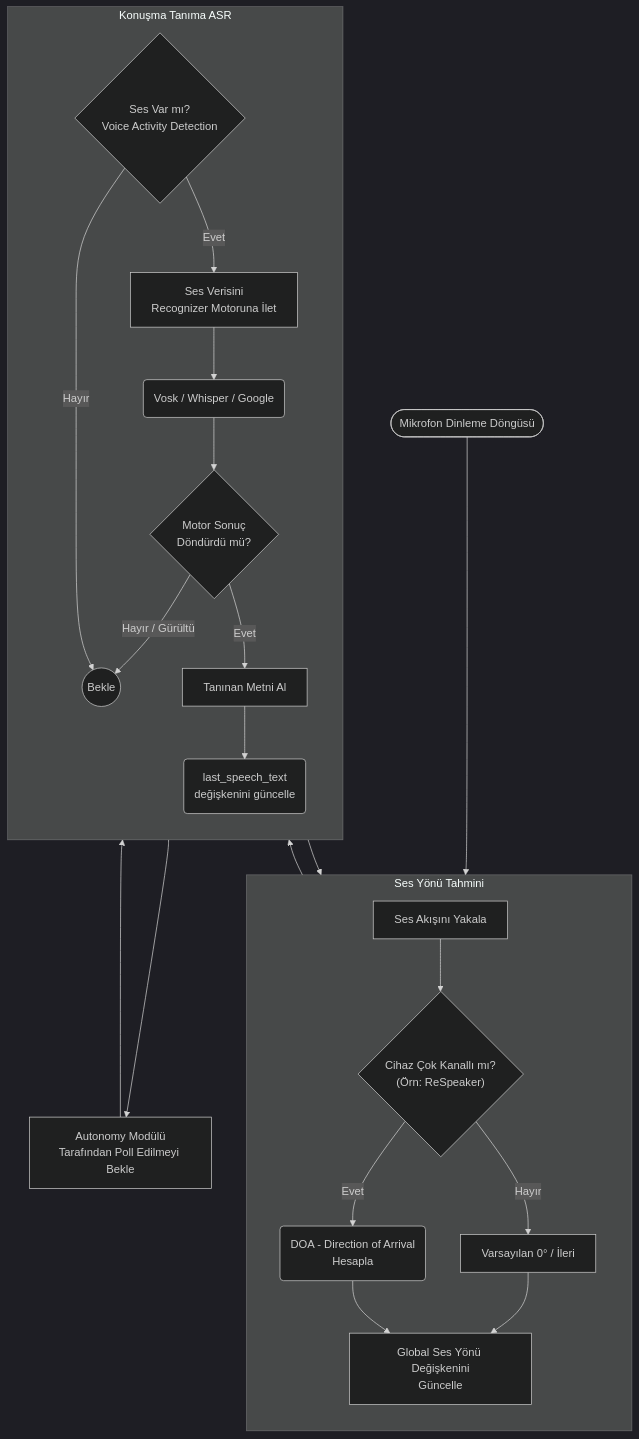
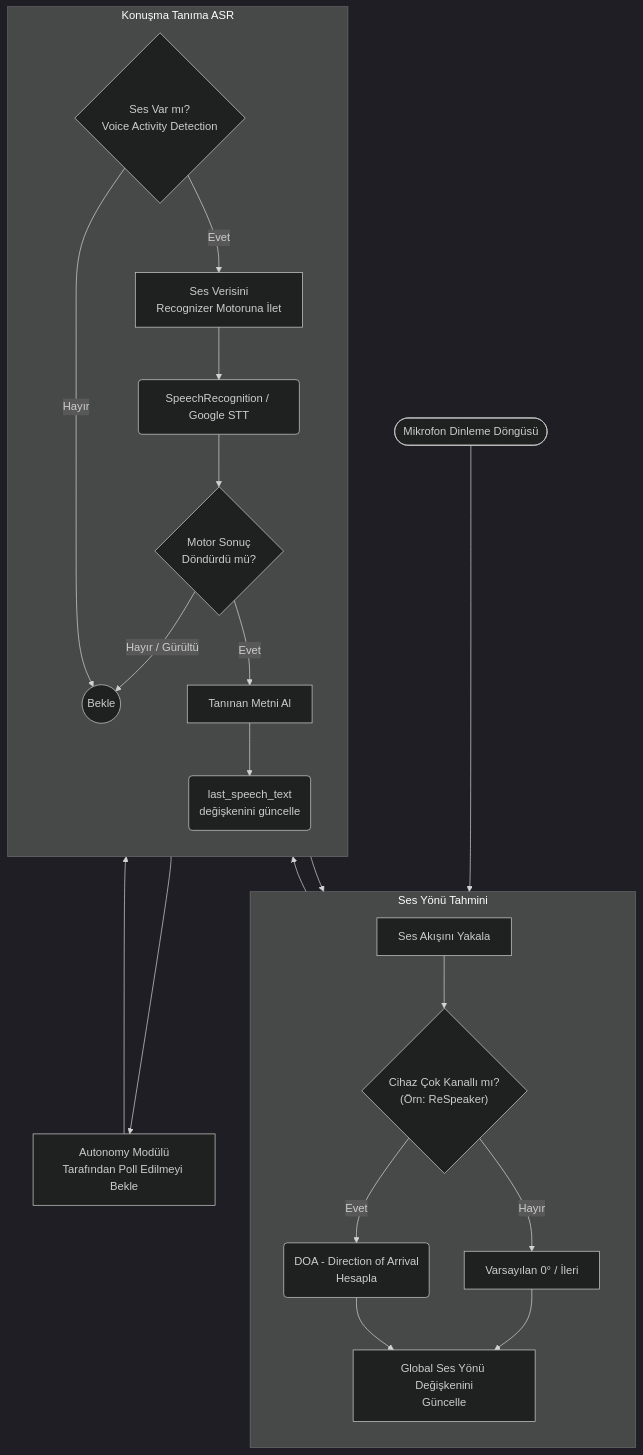
One commit to SentryCoderDev/SentryBOT changed the first of 2 diagrams in modules/voice/speech/architecture_speech.md. Above: the diagram before and after it, drawn with Mermaid (dark theme). The commit also changed 39 other files, not shown here.

Commit message:
feat(voice): purge Vosk and configure OpenWakeWord and SpeechRecognition exclusively

````diff
--- a/modules/voice/speech/architecture_speech.md
+++ b/modules/voice/speech/architecture_speech.md
@@ -7,36 +7,36 @@
 ```mermaid
 flowchart TD
     %% Ana Giriş
     START([Mikrofon Dinleme Döngüsü]) --> CAPTURE_AUDIO[Ses Akışını Yakala]
     
     %% Ses Yönü Bulma
     subgraph Direction_Calculation [Ses Yönü Tahmini]
         direction TB
         CAPTURE_AUDIO --> CHK_DIR_SUPPORT{"Cihaz Çok Kanallı mı? <br> (Örn: ReSpeaker)"}
         CHK_DIR_SUPPORT -- Evet --> CALC_DOA(DOA - Direction of Arrival <br> Hesapla)
         CHK_DIR_SUPPORT -- Hayır --> SKIP_DIR[Varsayılan 0° / İleri]
         
         CALC_DOA --> SET_DIR_VAR[Global Ses Yönü Değişkenini<br>Güncelle]
         SKIP_DIR --> SET_DIR_VAR
     end
     
     %% Konuşma Tanıma
     subgraph Speech_Recognition [Konuşma Tanıma ASR]
         direction TB
         SET_DIR_VAR --> VAD_CHK{"Ses Var mı? <br> Voice Activity Detection"}
         
         VAD_CHK -- Hayır --> SESSİZLIK((Bekle)) --> CAPTURE_AUDIO
         VAD_CHK -- Evet --> SEND_ASR[Ses Verisini <br> Recognizer Motoruna İlet]
         
-        SEND_ASR --> RECOGNIZER_ENGINE(Vosk / Whisper / Google)
+        SEND_ASR --> RECOGNIZER_ENGINE(SpeechRecognition / Google STT)
         
         RECOGNIZER_ENGINE --> PARSE_RES{"Motor Sonuç <br> Döndürdü mü?"}
         PARSE_RES -- Hayır / Gürültü --> SESSİZLIK
         PARSE_RES -- Evet --> EXTRACT_TEXT[Tanınan Metni Al]
         
         EXTRACT_TEXT --> SET_LAST_SPEECH(last_speech_text <br>değişkenini güncelle)
     end
     
     SET_LAST_SPEECH --> AUTONOMY_PULL[Autonomy Modülü<br>Tarafından Poll Edilmeyi Bekle]
     AUTONOMY_PULL --> SESSİZLIK
 ```
````
